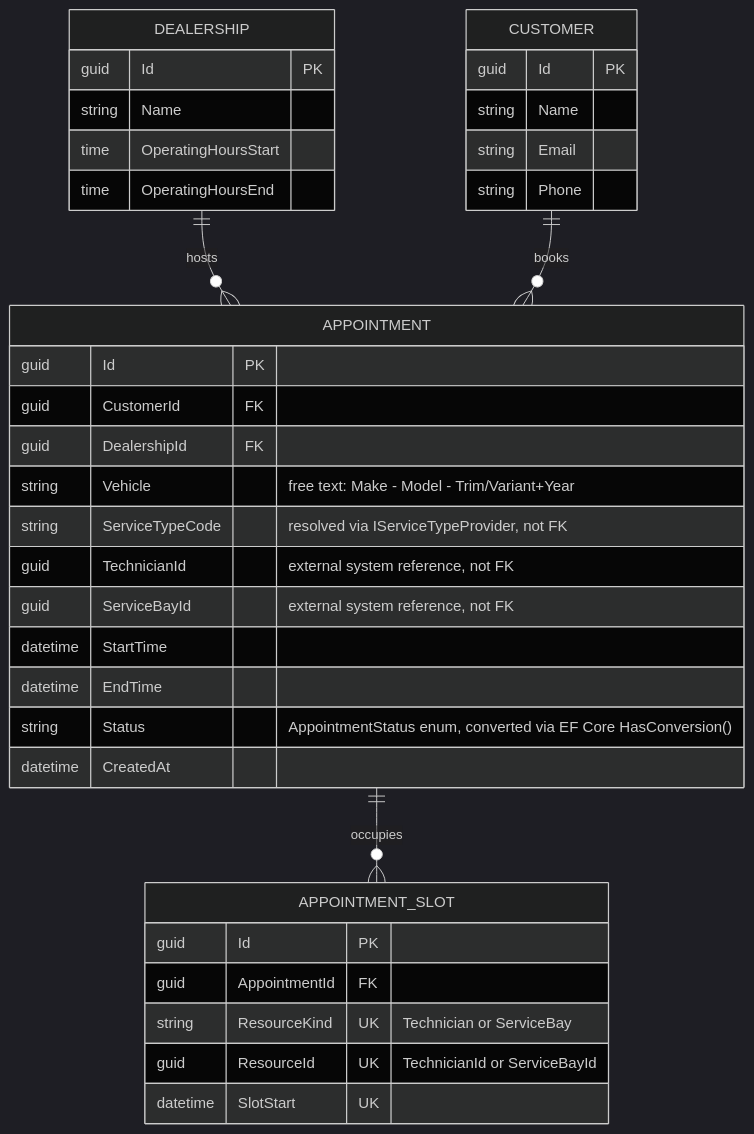
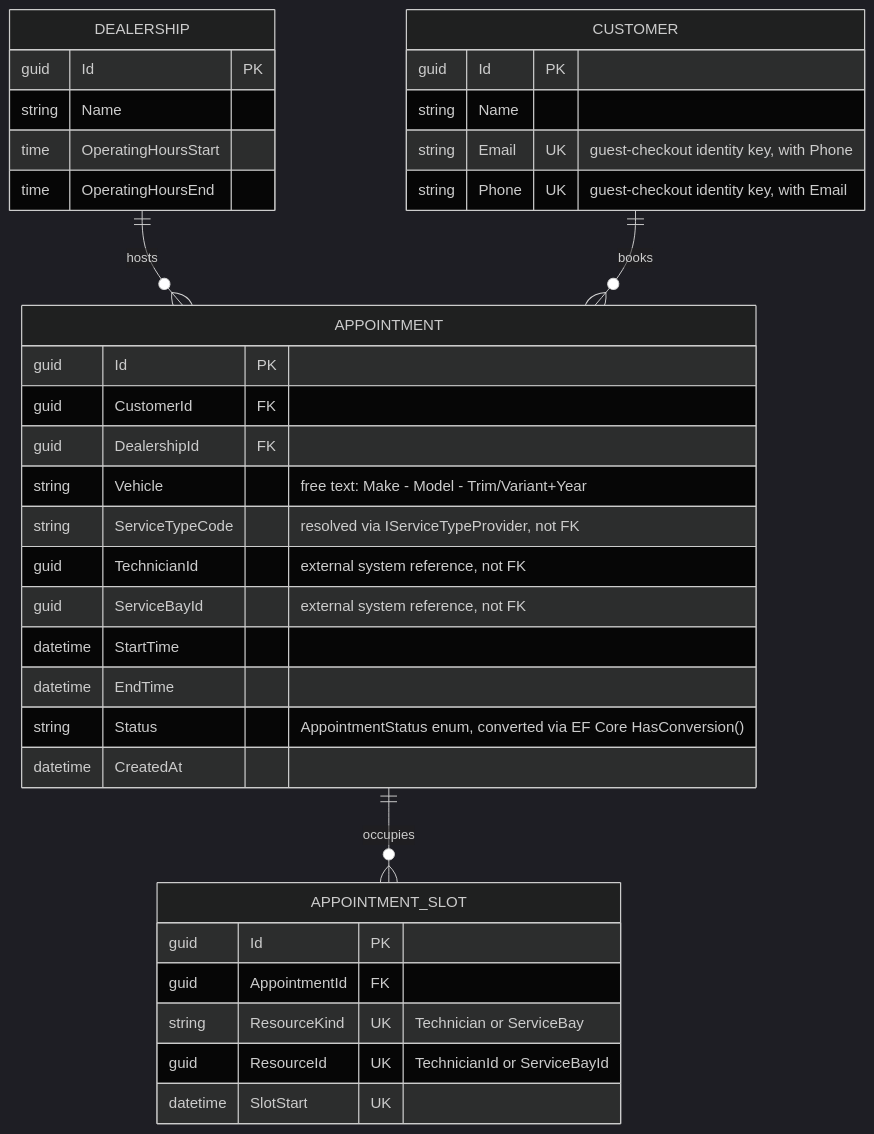
One commit to wesilios/unified-service-scheduler changed the eighth of 9 diagrams in architecture.md. Above: the diagram before and after it, drawn with Mermaid (dark theme). The commit also changed other lines of this file and 90 other files, not shown here.

````diff
--- a/architecture.md
+++ b/architecture.md
@@ -385,42 +641,42 @@
 ```mermaid
 erDiagram
     DEALERSHIP ||--o{ APPOINTMENT : hosts
     CUSTOMER ||--o{ APPOINTMENT : books
     APPOINTMENT ||--o{ APPOINTMENT_SLOT : occupies
 
     DEALERSHIP {
         guid Id PK
         string Name
         time OperatingHoursStart
         time OperatingHoursEnd
     }
 
     CUSTOMER {
         guid Id PK
         string Name
-        string Email
-        string Phone
+        string Email UK "guest-checkout identity key, with Phone"
+        string Phone UK "guest-checkout identity key, with Email"
     }
 
     APPOINTMENT {
         guid Id PK
         guid CustomerId FK
         guid DealershipId FK
         string Vehicle "free text: Make - Model - Trim/Variant+Year"
         string ServiceTypeCode "resolved via IServiceTypeProvider, not FK"
         guid TechnicianId "external system reference, not FK"
         guid ServiceBayId "external system reference, not FK"
         datetime StartTime
         datetime EndTime
         string Status "AppointmentStatus enum, converted via EF Core HasConversion<string>()"
         datetime CreatedAt
     }
 
     APPOINTMENT_SLOT {
         guid Id PK
         guid AppointmentId FK
         string ResourceKind UK "Technician or ServiceBay"
         guid ResourceId UK "TechnicianId or ServiceBayId"
         datetime SlotStart UK
     }
 ```
````
